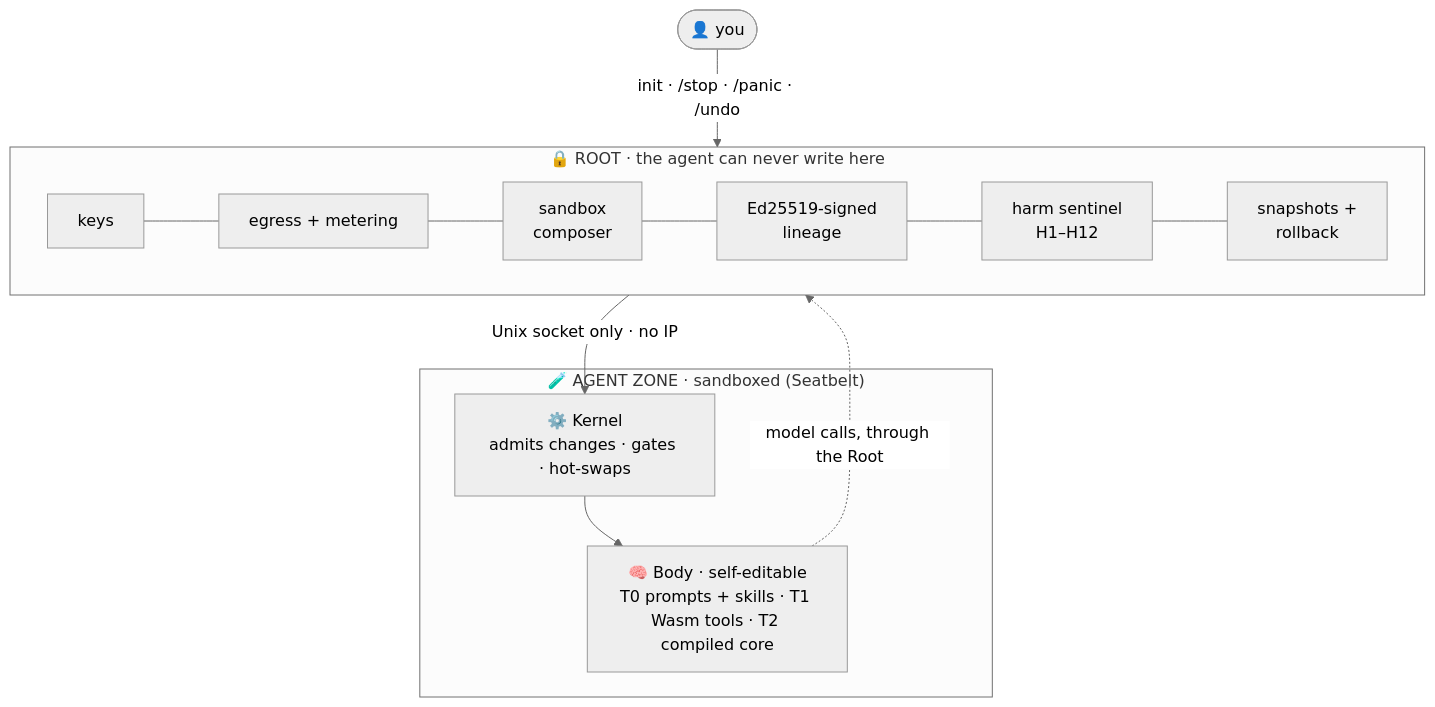
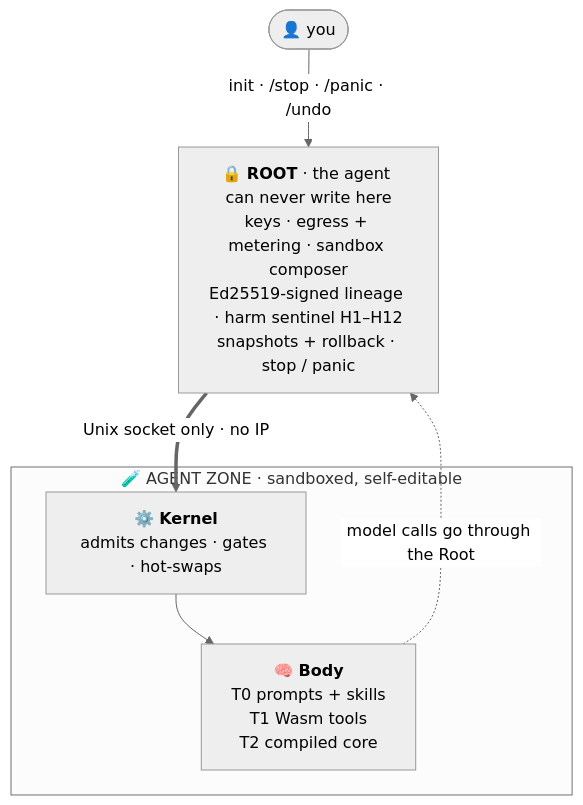
One commit to nagisanzenin/INIT-Agent changed the first of 3 diagrams in README.md. Above: the diagram before and after it, drawn with Mermaid (neutral theme). The commit also changed other lines of this file, not shown here.

Commit message:
README: tagline; compact zones diagram

````diff
--- a/README.md
+++ b/README.md
@@ -50,14 +51,10 @@
 ```mermaid
 flowchart TB
     you(["👤 you"]) -->|"init · /stop · /panic · /undo"| ROOT
-    subgraph ROOT["🔒 ROOT · the agent can never write here"]
-        direction LR
-        K["keys"] --- E["egress + metering"] --- S["sandbox<br/>composer"] --- L["Ed25519-signed<br/>lineage"] --- H["harm sentinel<br/>H1–H12"] --- SN["snapshots +<br/>rollback"]
+    ROOT["🔒 <b>ROOT</b> · the agent can never write here<br/>keys · egress + metering · sandbox composer<br/>Ed25519-signed lineage · harm sentinel H1–H12<br/>snapshots + rollback · stop / panic"]
+    ROOT ==>|"Unix socket only · no IP"| KERNEL
+    subgraph AGENT["🧪 AGENT ZONE · sandboxed, self-editable"]
+        KERNEL["⚙️ <b>Kernel</b><br/>admits changes · gates · hot-swaps"] --> BODY["🧠 <b>Body</b><br/>T0 prompts + skills<br/>T1 Wasm tools<br/>T2 compiled core"]
     end
-    ROOT -->|"Unix socket only · no IP"| KERNEL
-    subgraph AGENT["🧪 AGENT ZONE · sandboxed (Seatbelt)"]
-        KERNEL["⚙️ Kernel<br/>admits changes · gates · hot-swaps"] --> BODY
-        BODY["🧠 Body · self-editable<br/>T0 prompts + skills · T1 Wasm tools · T2 compiled core"]
-    end
-    BODY -.->|"model calls, through the Root"| ROOT
+    BODY -.->|"model calls go through the Root"| ROOT
 ```
````
